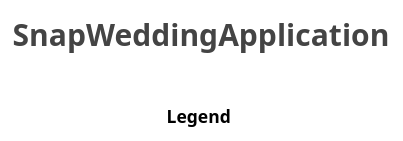
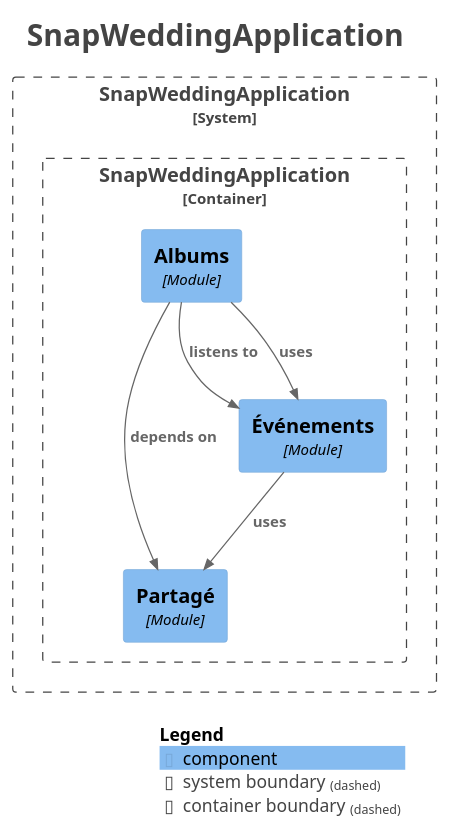
One commit to MatMry31/snapwedding changed the diagram in docs/modulith/components.puml. Above: the diagram before and after it, drawn with PlantUML. The commit also changed 86 other files, not shown here.

```diff
--- a/docs/modulith/components.puml
+++ b/docs/modulith/components.puml
@@ -1,19 +1,34 @@
 @startuml
 title <size:24>SnapWeddingApplication</size>
 
 set separator none
 top to bottom direction
 
 <style>
   root {
     BackgroundColor: #ffffff
     FontColor: #444444
   }
 </style>
 
 !include <C4/C4>
 !include <C4/C4_Context>
+!include <C4/C4_Component>
+
+System_Boundary("SnapWeddingApplication_boundary", "SnapWeddingApplication", $tags="") {
+  Container_Boundary("SnapWeddingApplication.SnapWeddingApplication_boundary", "SnapWeddingApplication", $tags="") {
+    Component(SnapWeddingApplication.SnapWeddingApplication.Partagé, "Partagé", $techn="Module", $descr="", $tags="", $link="")
+    Component(SnapWeddingApplication.SnapWeddingApplication.Événements, "Événements", $techn="Module", $descr="", $tags="", $link="")
+    Component(SnapWeddingApplication.SnapWeddingApplication.Albums, "Albums", $techn="Module", $descr="", $tags="", $link="")
+  }
+
+}
+
+Rel(SnapWeddingApplication.SnapWeddingApplication.Événements, SnapWeddingApplication.SnapWeddingApplication.Partagé, "uses", $techn="", $tags="", $link="")
+Rel(SnapWeddingApplication.SnapWeddingApplication.Albums, SnapWeddingApplication.SnapWeddingApplication.Événements, "listens to", $techn="", $tags="", $link="")
+Rel(SnapWeddingApplication.SnapWeddingApplication.Albums, SnapWeddingApplication.SnapWeddingApplication.Partagé, "depends on", $techn="", $tags="", $link="")
+Rel(SnapWeddingApplication.SnapWeddingApplication.Albums, SnapWeddingApplication.SnapWeddingApplication.Événements, "uses", $techn="", $tags="", $link="")
 
 SHOW_LEGEND(true)
 hide stereotypes
 @enduml
```
